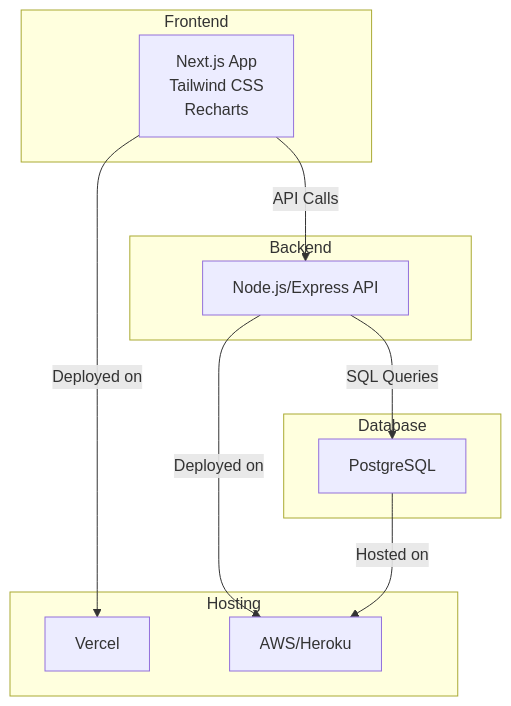
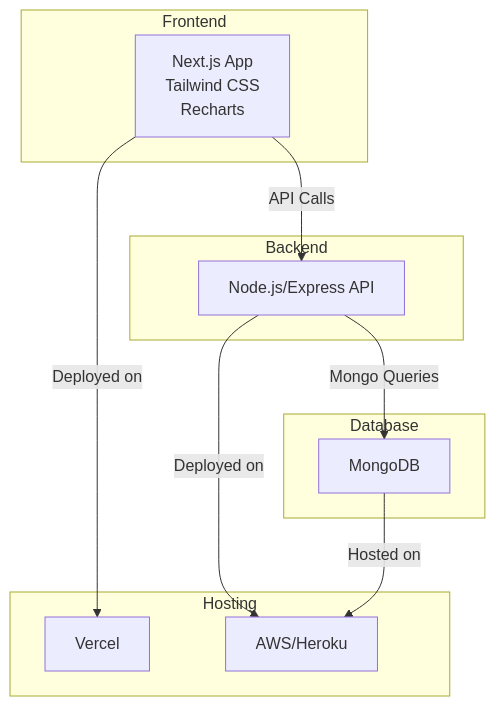
The diagram in arch.md (mushira33/vibecoding), drawn with Mermaid before and after one commit.

````diff
--- a/arch.md
+++ b/arch.md
@@ -1,22 +1,22 @@
 ```mermaid
 flowchart TD
     subgraph Frontend
         A[Next.js App<br/>Tailwind CSS<br/>Recharts]
     end
     subgraph Hosting
         B[Vercel]
         C[AWS/Heroku]
     end
     subgraph Backend
         D[Node.js/Express API]
     end
     subgraph Database
-        E[PostgreSQL]
+        E[MongoDB]
     end
 
     A -- API Calls --> D
-    D -- SQL Queries --> E
+    D -- Mongo Queries --> E
     A -- Deployed on --> B
     D -- Deployed on --> C
     E -- Hosted on --> C
 ```
````
